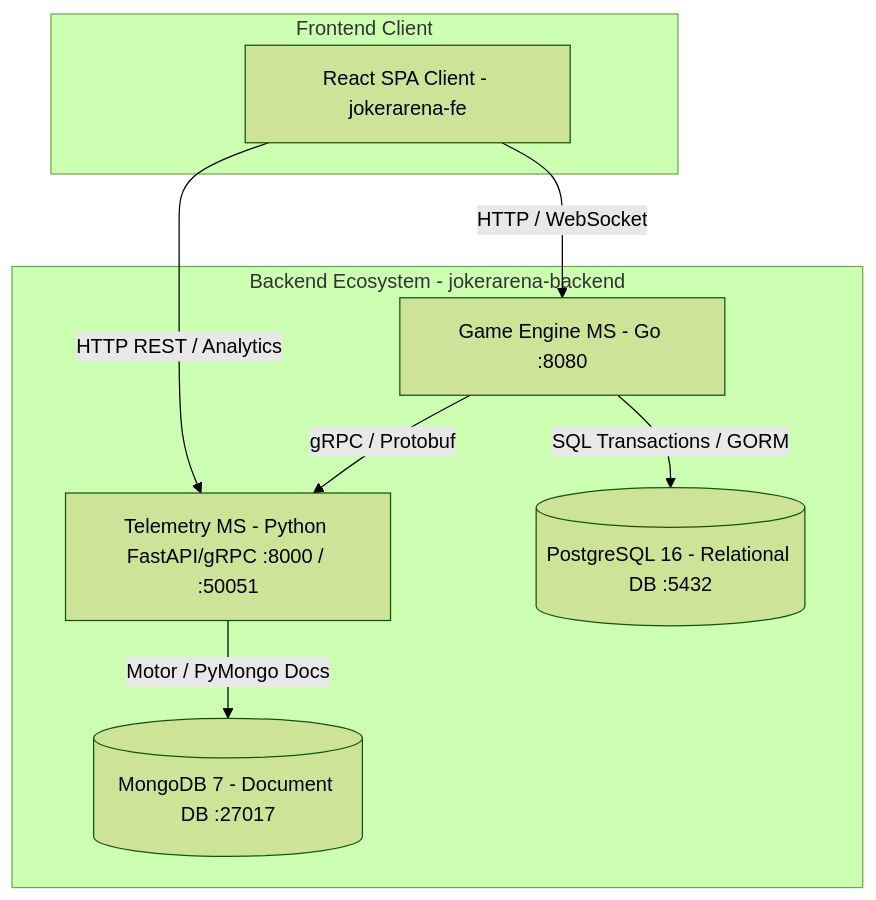
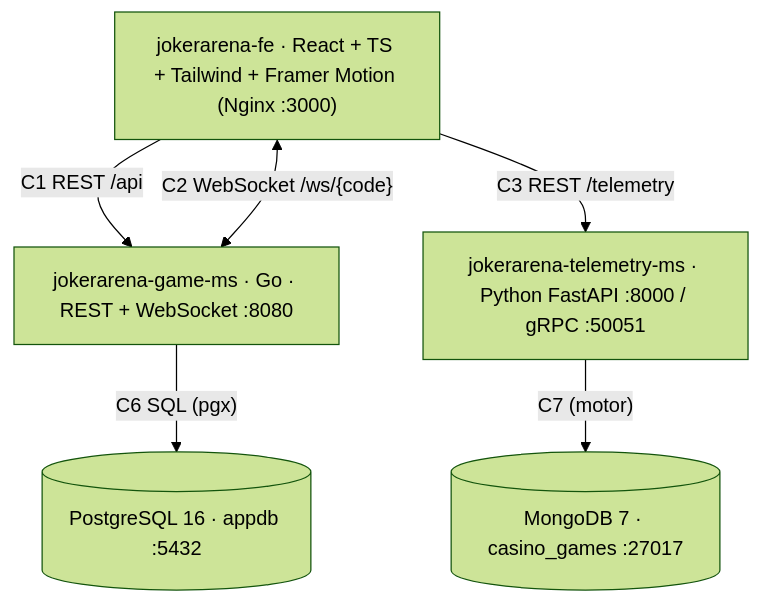
One commit to AngelDavidRuizB/joker-arena-backend changed the diagram in README.md. Above: the diagram before and after it, drawn with Mermaid (forest theme). The commit also changed other lines of this file and 54 other files, not shown here.

Commit message:
feat(backend): complete game room cycle, persistent poker scoring, ws protocols, tests and documentation

````diff
--- a/README.md
+++ b/README.md
@@ -11,19 +11,14 @@
 ```mermaid
 graph TD
-    subgraph Frontend Client
-        FE[React SPA Client - jokerarena-fe]
-    end
+    FE["jokerarena-fe · React + TS + Tailwind + Framer Motion (Nginx :3000)"]
+    GE["jokerarena-game-ms · Go · REST + WebSocket :8080"]
+    TM["jokerarena-telemetry-ms · Python FastAPI :8000 / gRPC :50051"]
+    PG[("PostgreSQL 16 · appdb :5432")]
+    MG[("MongoDB 7 · casino_games :27017")]
 
-    subgraph Backend Ecosystem - jokerarena-backend
-        GE[Game Engine MS - Go :8080]
-        TM[Telemetry MS - Python FastAPI/gRPC :8000 / :50051]
-        PG[(PostgreSQL 16 - Relational DB :5432)]
-        MG[(MongoDB 7 - Document DB :27017)]
-    end
-
-    FE -->|HTTP / WebSocket| GE
-    FE -->|HTTP REST / Analytics| TM
-    GE -->|gRPC / Protobuf| TM
-    GE -->|SQL Transactions / GORM| PG
-    TM -->|Motor / PyMongo Docs| MG
+    FE -->|"C1 REST /api"| GE
+    FE <-->|"C2 WebSocket /ws/{code}"| GE
+    FE -->|"C3 REST /telemetry"| TM
+    GE -->|"C6 SQL (pgx)"| PG
+    TM -->|"C7 (motor)"| MG
 ```
````
